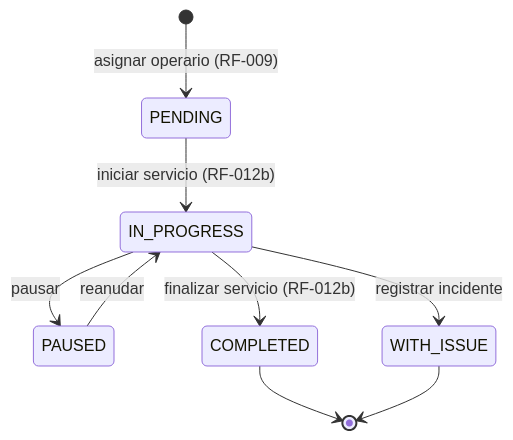
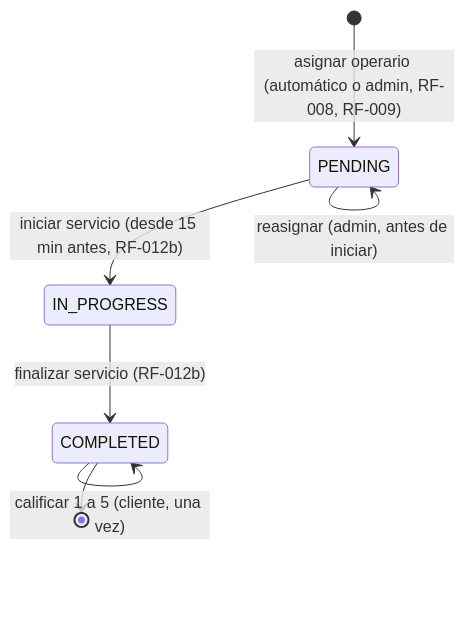
Diagram 23 of 26 in 02_DOCUMENTACION_DE_ANALISIS_DEL_SOFTWARE/ES/MD/documentacion-de-analisis-del-software.md (BrayanCABRERA123/lavarapido-docs), drawn with Mermaid before and after one commit. The commit also changed other lines of this file and 7 other files, not shown here.

Commit message:
docs(analysis): correct sequences and states against the code and redraw the diagrams (2.3)

````diff
--- a/02_DOCUMENTACION_DE_ANALISIS_DEL_SOFTWARE/ES/MD/documentacion-de-analisis-del-software.md
+++ b/02_DOCUMENTACION_DE_ANALISIS_DEL_SOFTWARE/ES/MD/documentacion-de-analisis-del-software.md
@@ -841,11 +855,9 @@
 ```mermaid
 stateDiagram-v2
-    [*] --> PENDING : asignar operario (RF-009)
-    PENDING --> IN_PROGRESS : iniciar servicio (RF-012b)
-    IN_PROGRESS --> PAUSED : pausar
-    PAUSED --> IN_PROGRESS : reanudar
+    [*] --> PENDING : asignar operario (automático o admin, RF-008, RF-009)
+    PENDING --> PENDING : reasignar (admin, antes de iniciar)
+    PENDING --> IN_PROGRESS : iniciar servicio (desde 15 min antes, RF-012b)
     IN_PROGRESS --> COMPLETED : finalizar servicio (RF-012b)
-    IN_PROGRESS --> WITH_ISSUE : registrar incidente
+    COMPLETED --> COMPLETED : calificar 1 a 5 (cliente, una vez)
     COMPLETED --> [*]
-    WITH_ISSUE --> [*]
 ```
````
